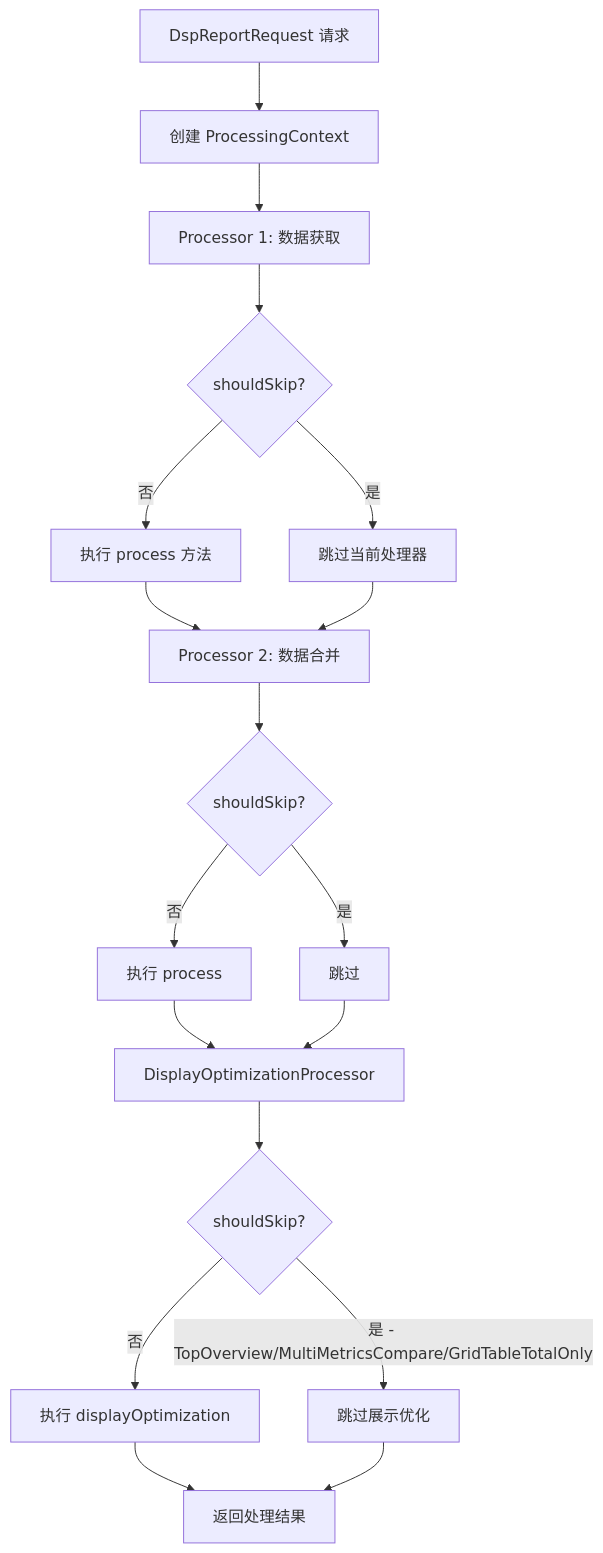
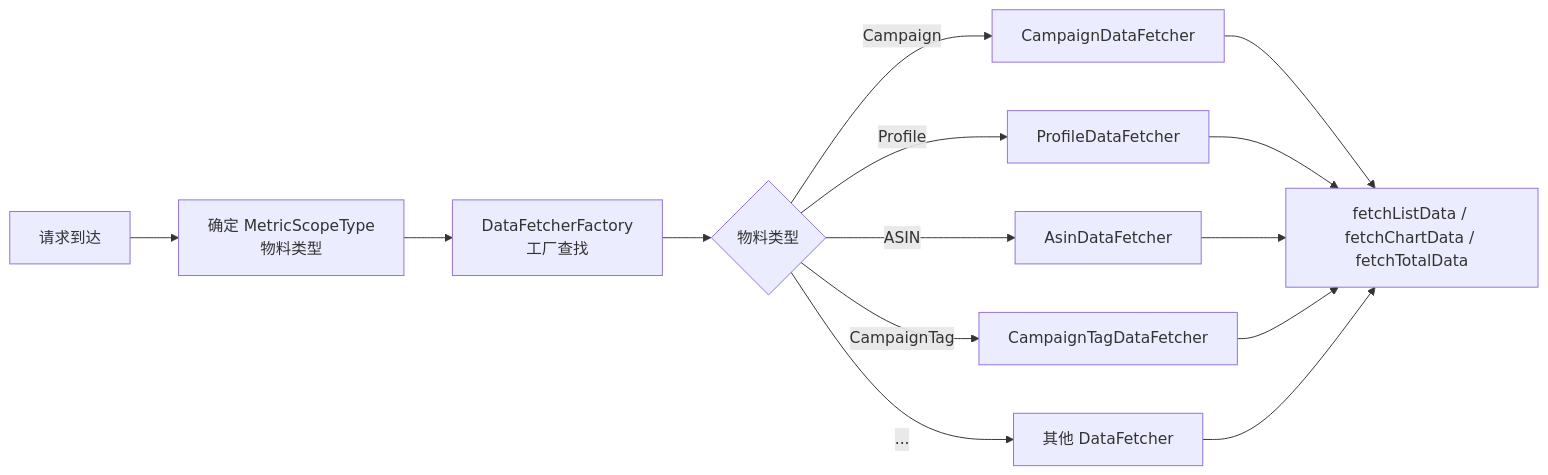
Before and after one commit to suoweiwei-pacvue/document-automation: the third of 6 diagrams in output/00-architecture.md, drawn with Mermaid. The commit also changed other lines of this file and 55 other files, not shown here.

````diff
--- a/output/00-architecture.md
+++ b/output/00-architecture.md
@@ -385,20 +394,16 @@
 ```mermaid
-flowchart TD
-    A[DspReportRequest 请求] --> B[创建 ProcessingContext]
-    B --> C[Processor 1: 数据获取]
-    C --> D{shouldSkip?}
-    D -->|是| F[跳过当前处理器]
-    D -->|否| E[执行 process 方法]
-    E --> G[Processor 2: 数据合并]
-    F --> G
-    G --> H{shouldSkip?}
-    H -->|是| J[跳过]
-    H -->|否| I[执行 process]
-    I --> K[DisplayOptimizationProcessor]
-    J --> K
-    K --> L{shouldSkip?}
-    L -->|是 - TopOverview/MultiMetricsCompare/GridTableTotalOnly| N[跳过展示优化]
-    L -->|否| M[执行 displayOptimization]
-    M --> O[返回处理结果]
-    N --> O
+flowchart LR
+    A[请求到达] --> B[确定 MetricScopeType<br/>物料类型]
+    B --> C[DataFetcherFactory<br/>工厂查找]
+    C --> D{物料类型}
+    D -->|Campaign| E[CampaignDataFetcher]
+    D -->|Profile| F[ProfileDataFetcher]
+    D -->|ASIN| G[AsinDataFetcher]
+    D -->|CampaignTag| H[CampaignTagDataFetcher]
+    D -->|...| I[其他 DataFetcher]
+    E --> J[fetchListData / fetchChartData / fetchTotalData]
+    F --> J
+    G --> J
+    H --> J
+    I --> J
 ```
````
